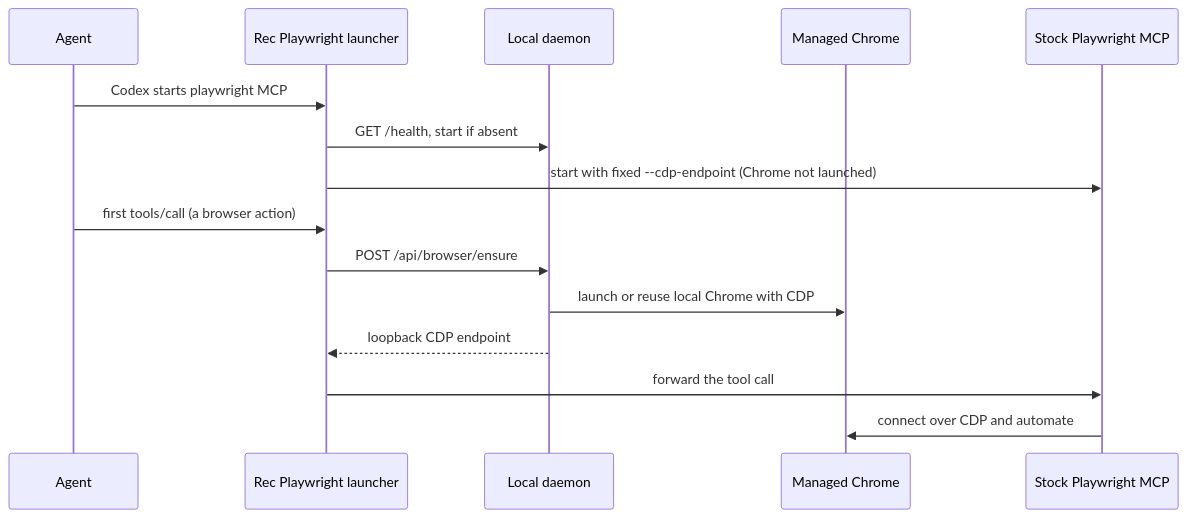
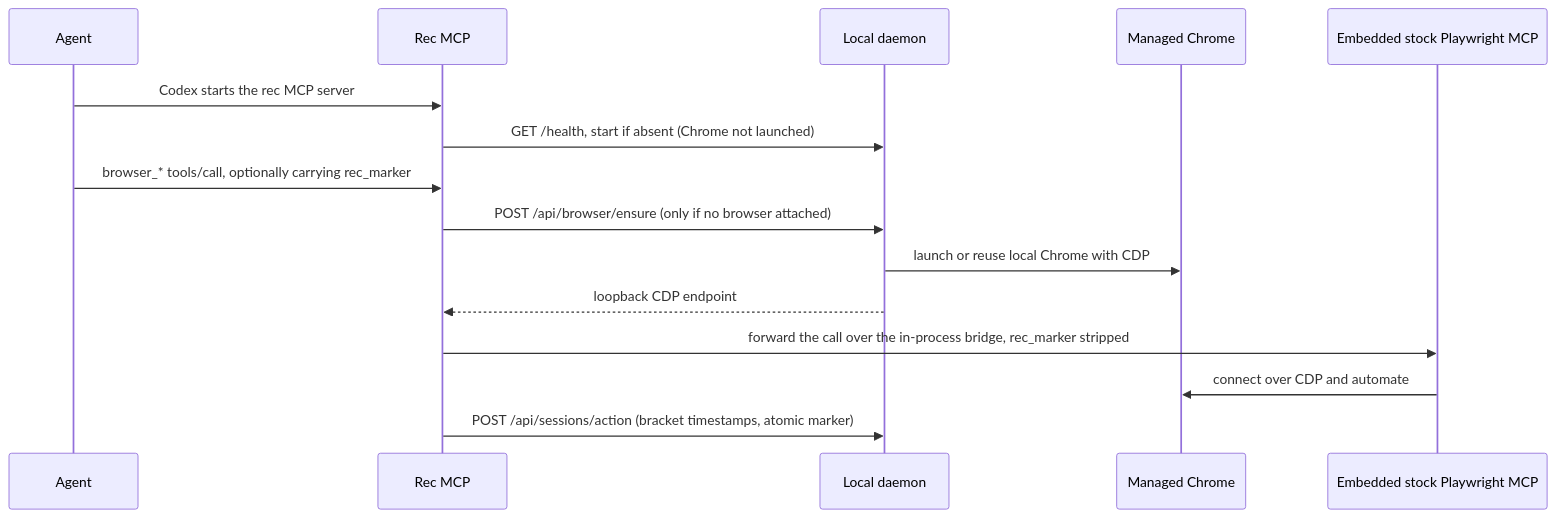
One commit to that-one-arab/replay changed the second of 5 diagrams in ARCHITECTURE.md. Above: the diagram before and after it, drawn with Mermaid. The commit also changed other lines of this file and 25 other files, not shown here.

Commit message:
Embed Playwright MCP and bind markers to browser actions atomically

````diff
--- a/ARCHITECTURE.md
+++ b/ARCHITECTURE.md
@@ -82,18 +90,18 @@
 ```mermaid
 sequenceDiagram
   participant Agent
-  participant Launcher as Rec Playwright launcher
+  participant Rec as Rec MCP
   participant Daemon as Local daemon
   participant Chrome as Managed Chrome
-  participant PW as Stock Playwright MCP
+  participant PW as Embedded stock Playwright MCP
 
-  Agent->>Launcher: Codex starts playwright MCP
-  Launcher->>Daemon: GET /health, start if absent
-  Launcher->>PW: start with fixed --cdp-endpoint (Chrome not launched)
-  Agent->>Launcher: first tools/call (a browser action)
-  Launcher->>Daemon: POST /api/browser/ensure
+  Agent->>Rec: Codex starts the rec MCP server
+  Rec->>Daemon: GET /health, start if absent (Chrome not launched)
+  Agent->>Rec: browser_* tools/call, optionally carrying rec_marker
+  Rec->>Daemon: POST /api/browser/ensure (only if no browser attached)
   Daemon->>Chrome: launch or reuse local Chrome with CDP
-  Daemon-->>Launcher: loopback CDP endpoint
-  Launcher->>PW: forward the tool call
+  Daemon-->>Rec: loopback CDP endpoint
+  Rec->>PW: forward the call over the in-process bridge, rec_marker stripped
   PW->>Chrome: connect over CDP and automate
+  Rec->>Daemon: POST /api/sessions/action (bracket timestamps, atomic marker)
 ```
````
